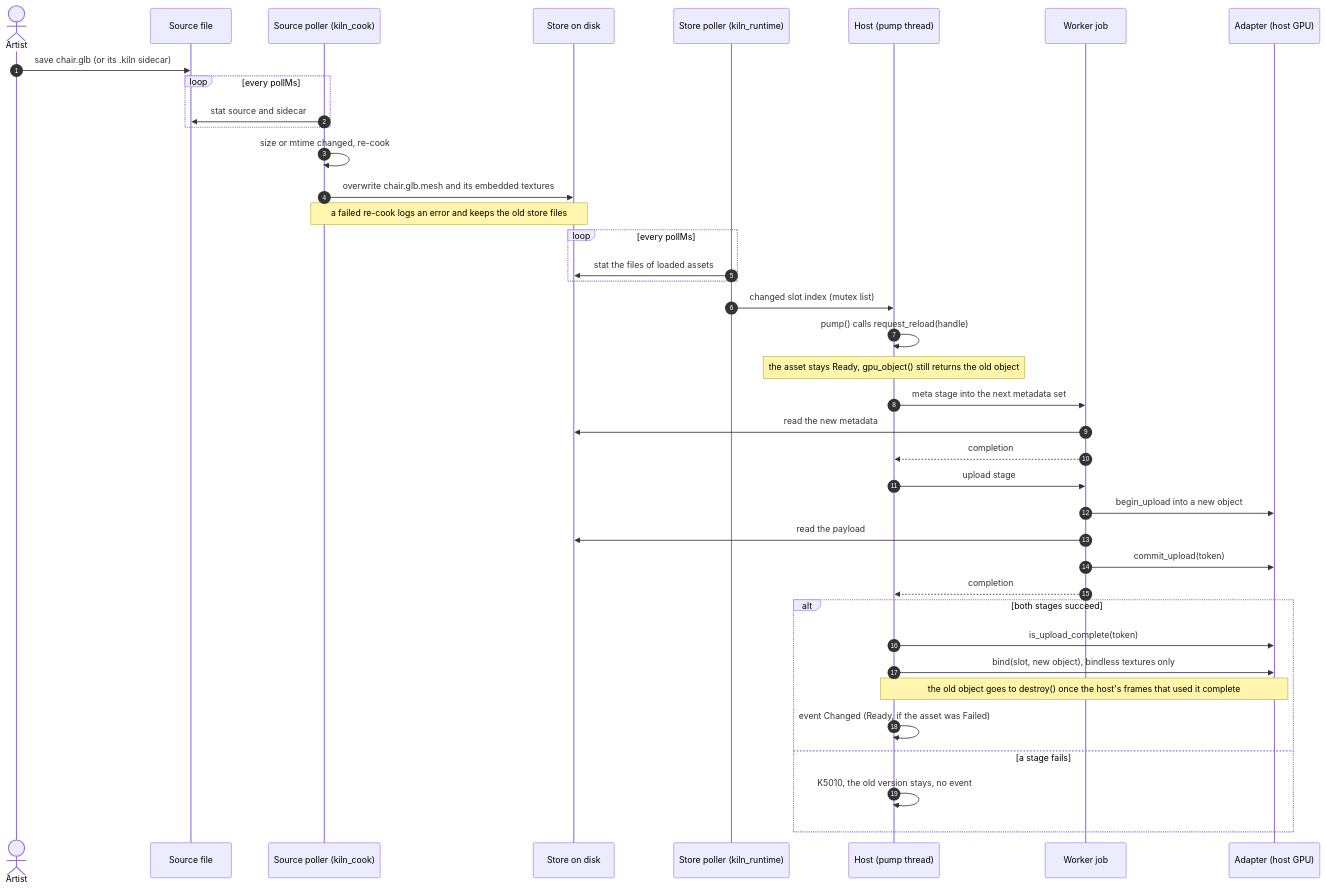
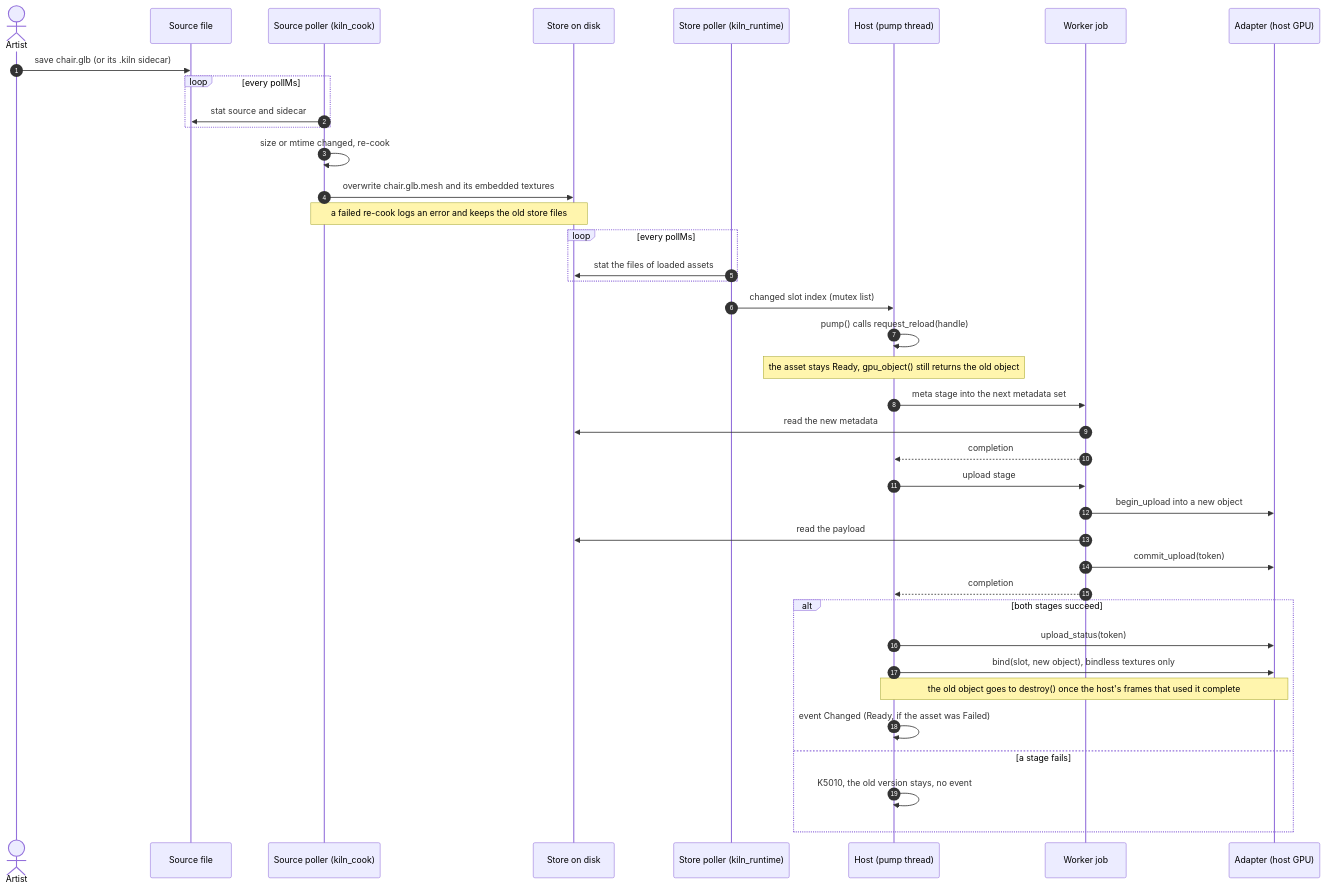
One commit to sigman78/Kiln changed the third of 3 diagrams in docs/design/architecture.md. Above: the diagram before and after it, drawn with Mermaid. The commit also changed other lines of this file and 23 other files, not shown here.

First line of the commit message:
runtime: Adapter::upload_status reports failed uploads

````diff
--- a/docs/design/architecture.md
+++ b/docs/design/architecture.md
@@ -118,45 +123,45 @@
 ```mermaid
 sequenceDiagram
     autonumber
     actor Artist
     participant Src as Source file
     participant SP as Source poller (kiln_cook)
     participant Store as Store on disk
     participant RP as Store poller (kiln_runtime)
     participant Host as Host (pump thread)
     participant Worker as Worker job
     participant Adapter as Adapter (host GPU)
 
     Artist->>Src: save chair.glb (or its .kiln sidecar)
     loop every pollMs
         SP->>Src: stat source and sidecar
     end
     SP->>SP: size or mtime changed, re-cook
     SP->>Store: overwrite chair.glb.mesh and its embedded textures
     Note over SP,Store: a failed re-cook logs an error and keeps the old store files
 
     loop every pollMs
         RP->>Store: stat the files of loaded assets
     end
     RP->>Host: changed slot index (mutex list)
     Host->>Host: pump() calls request_reload(handle)
     Note over Host: the asset stays Ready, gpu_object() still returns the old object
 
     Host->>Worker: meta stage into the next metadata set
     Worker->>Store: read the new metadata
     Worker-->>Host: completion
     Host->>Worker: upload stage
     Worker->>Adapter: begin_upload into a new object
     Worker->>Store: read the payload
     Worker->>Adapter: commit_upload(token)
     Worker-->>Host: completion
 
     alt both stages succeed
-        Host->>Adapter: is_upload_complete(token)
+        Host->>Adapter: upload_status(token)
         Host->>Adapter: bind(slot, new object), bindless textures only
         Note over Host,Adapter: the old object goes to destroy() once the host's frames that used it complete
         Host->>Host: event Changed (Ready, if the asset was Failed)
     else a stage fails
         Host->>Host: K5010, the old version stays, no event
     end
 ```
````
